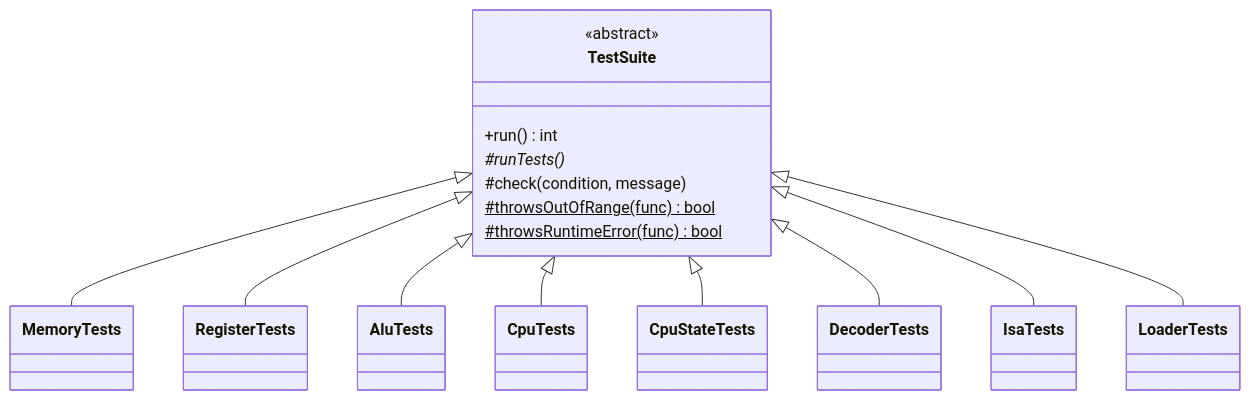
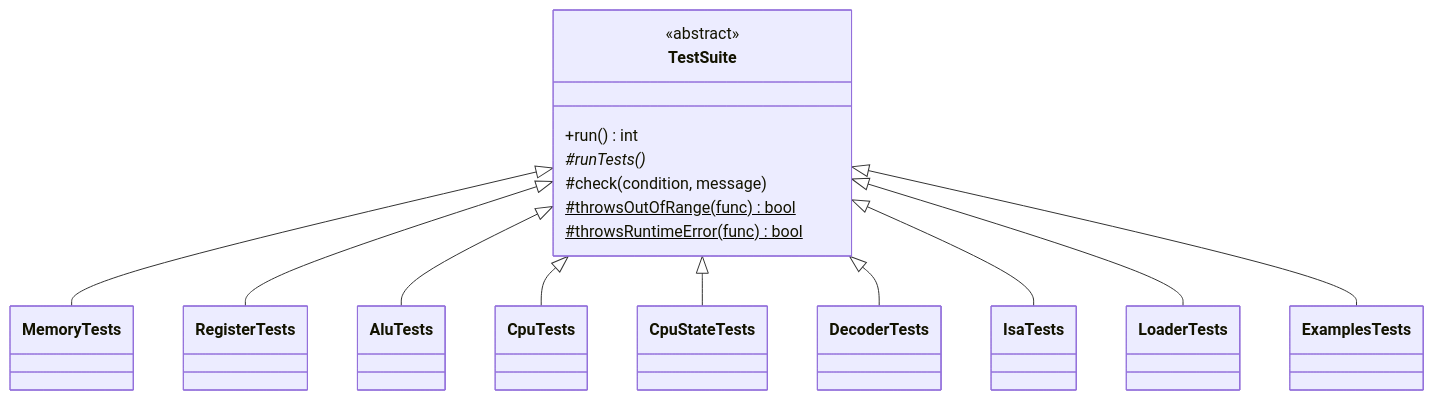
The first of 2 diagrams in docs/TESTING.md (kpolet2010-hue/CoreSim), drawn with Mermaid before and after one commit. The commit also changed other lines of this file and 2 other files, not shown here.

First line of the commit message:
docs: document the Examples test suite

````diff
--- a/docs/TESTING.md
+++ b/docs/TESTING.md
@@ -33,19 +34,20 @@
 ```mermaid
 classDiagram
     class TestSuite {
         <<abstract>>
         +run() int
         #runTests()*
         #check(condition, message)
         #throwsOutOfRange(func)$ bool
         #throwsRuntimeError(func)$ bool
     }
     TestSuite <|-- MemoryTests
     TestSuite <|-- RegisterTests
     TestSuite <|-- AluTests
     TestSuite <|-- CpuTests
     TestSuite <|-- CpuStateTests
     TestSuite <|-- DecoderTests
     TestSuite <|-- IsaTests
     TestSuite <|-- LoaderTests
+    TestSuite <|-- ExamplesTests
 ```
````
